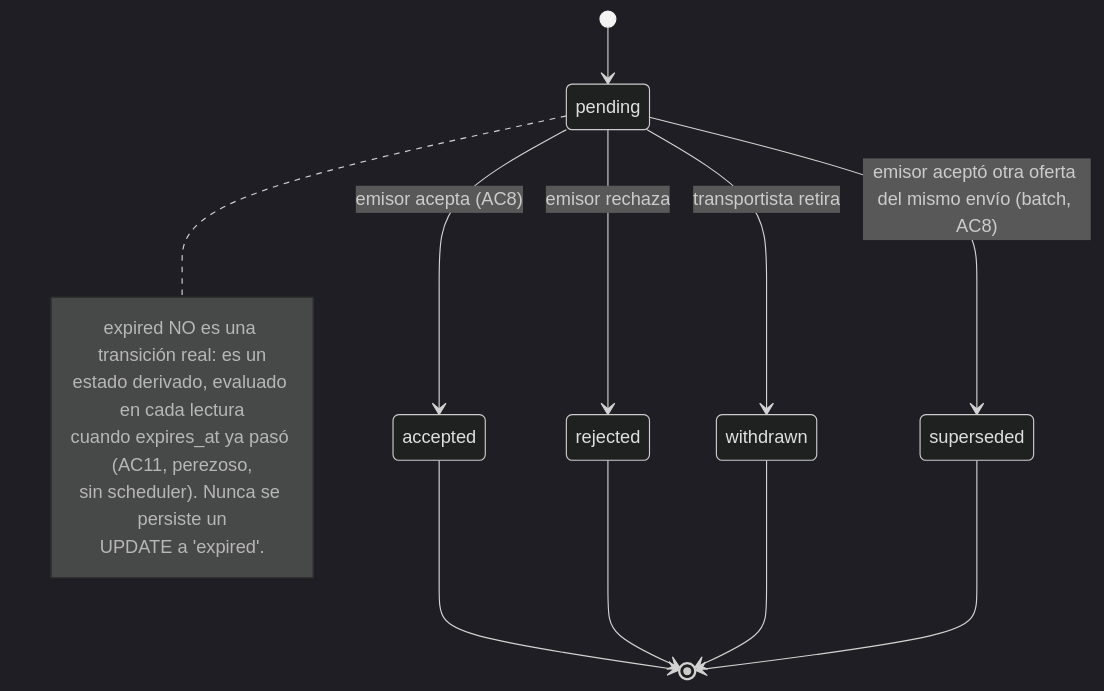
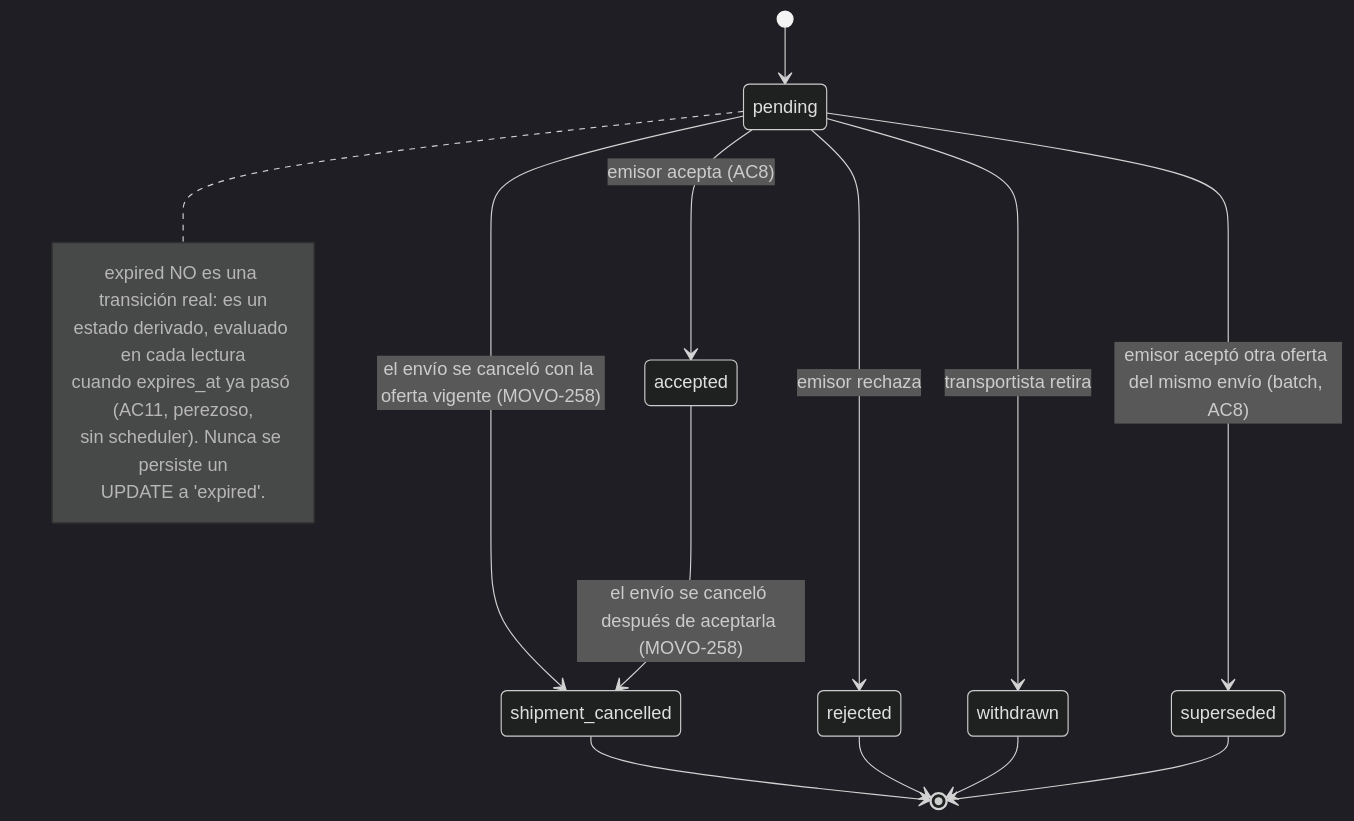
The diagram in docs/shipments/offer-state-diagram.md (movosend/movo), drawn with Mermaid (dark theme) before and after one commit. The commit also changed other lines of this file and 4 other files, not shown here.

First line of the commit message:
docs: ADR de expiracion y cierre automatico, estado de la implementacion y diagrama de ofertas (MOVO-258)

````diff
--- a/docs/shipments/offer-state-diagram.md
+++ b/docs/shipments/offer-state-diagram.md
@@ -21,22 +21,24 @@
 ```mermaid
 stateDiagram-v2
     [*] --> pending
 
     pending --> accepted: emisor acepta (AC8)
     pending --> rejected: emisor rechaza
     pending --> withdrawn: transportista retira
     pending --> superseded: emisor aceptó otra oferta del mismo envío (batch, AC8)
+    pending --> shipment_cancelled: el envío se canceló con la oferta vigente (MOVO-258)
+    accepted --> shipment_cancelled: el envío se canceló después de aceptarla (MOVO-258)
 
-    accepted --> [*]
+    shipment_cancelled --> [*]
     rejected --> [*]
     withdrawn --> [*]
     superseded --> [*]
 
     note right of pending
         expired NO es una transición real: es un
         estado derivado, evaluado en cada lectura
         cuando expires_at ya pasó (AC11, perezoso,
         sin scheduler). Nunca se persiste un
         UPDATE a 'expired'.
     end note
 ```
````
